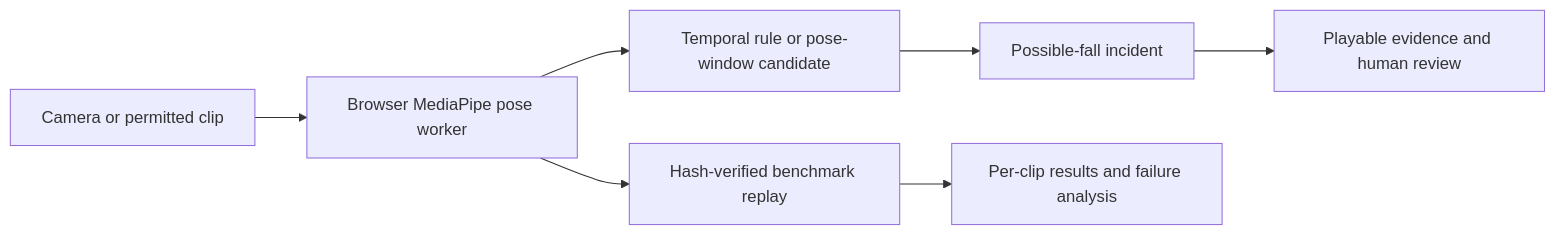
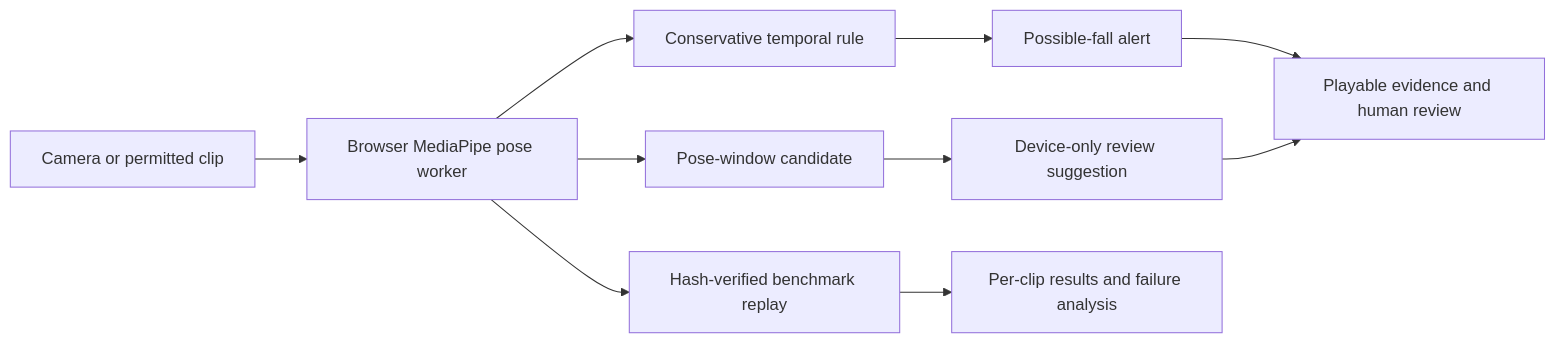
One commit to Wasseem10/artae-vision changed the diagram in docs/portfolio-fall-detection.md. Above: the diagram before and after it, drawn with Mermaid. The commit also changed other lines of this file and 6 other files, not shown here.

````diff
--- a/docs/portfolio-fall-detection.md
+++ b/docs/portfolio-fall-detection.md
@@ -25,9 +25,12 @@
 ```mermaid
 flowchart LR
     A[Camera or permitted clip] --> B[Browser MediaPipe pose worker]
-    B --> C[Temporal rule or pose-window candidate]
-    C --> D[Possible-fall incident]
+    B --> C[Conservative temporal rule]
+    C --> D[Possible-fall alert]
     D --> E[Playable evidence and human review]
+    B --> H[Pose-window candidate]
+    H --> I[Device-only review suggestion]
+    I --> E
     B --> F[Hash-verified benchmark replay]
     F --> G[Per-clip results and failure analysis]
 ```
````
